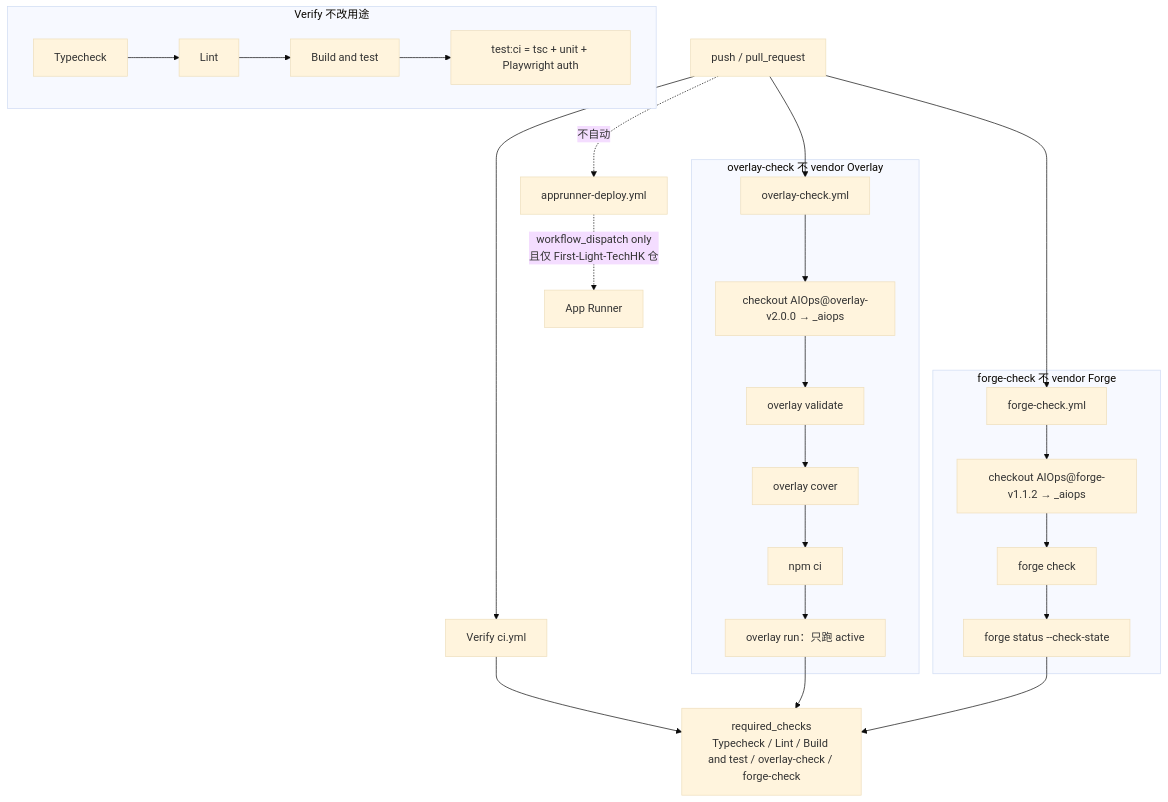
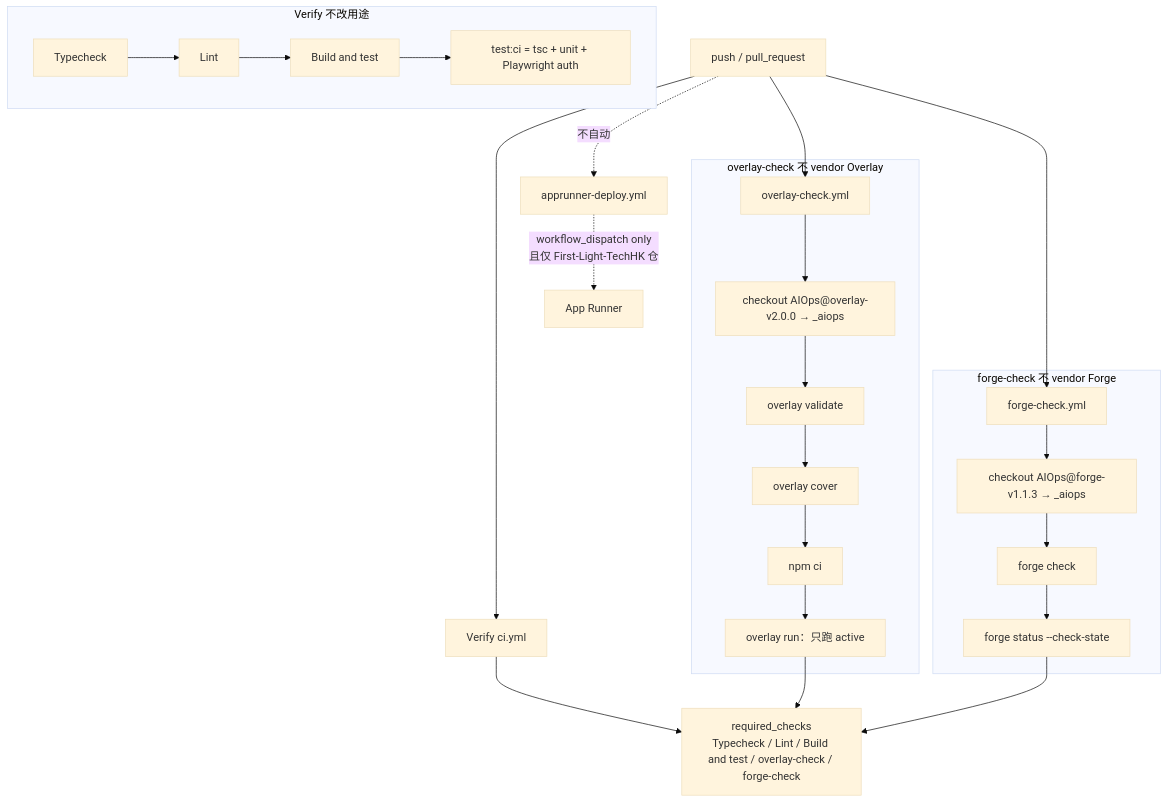
The second of 3 diagrams in docs/phase1/overlay-forge-brief.md (LibertychaserUS/LearningGuidePortal), drawn with Mermaid (base theme) before and after one commit. The commit also changed other lines of this file and 6 other files, not shown here.

````diff
--- a/docs/phase1/overlay-forge-brief.md
+++ b/docs/phase1/overlay-forge-brief.md
@@ -119,33 +119,33 @@
 ```mermaid
 flowchart TD
     push["push / pull_request"] --> verify["Verify  ci.yml"]
     push --> overlayJob["overlay-check.yml"]
     push --> forgeJob["forge-check.yml"]
 
     subgraph verifyJobs["Verify 不改用途"]
         tc["Typecheck"] --> lint["Lint"]
         lint --> build["Build and test"]
         build --> testci["test:ci = tsc + unit + Playwright auth"]
     end
 
     subgraph overlayJobs["overlay-check 不 vendor Overlay"]
         overlayJob --> checkoutOverlay["checkout AIOps@overlay-v2.0.0 → _aiops"]
         checkoutOverlay --> ov["overlay validate"]
         ov --> oc["overlay cover"]
         oc --> npmci["npm ci"]
         npmci --> orun["overlay run：只跑 active"]
     end
 
     subgraph forgeJobs["forge-check 不 vendor Forge"]
-        forgeJob --> checkoutForge["checkout AIOps@forge-v1.1.2 → _aiops"]
+        forgeJob --> checkoutForge["checkout AIOps@forge-v1.1.3 → _aiops"]
         checkoutForge --> fcheck["forge check"]
         fcheck --> fstate["forge status --check-state"]
     end
 
     verify --> gate["required_checks\nTypecheck / Lint / Build and test / overlay-check / forge-check"]
     orun --> gate
     fstate --> gate
 
     deploy["apprunner-deploy.yml"] -.->|"workflow_dispatch only\n且仅 First-Light-TechHK 仓"| prod["App Runner"]
     push -.->|"不自动"| deploy
 ```
````
